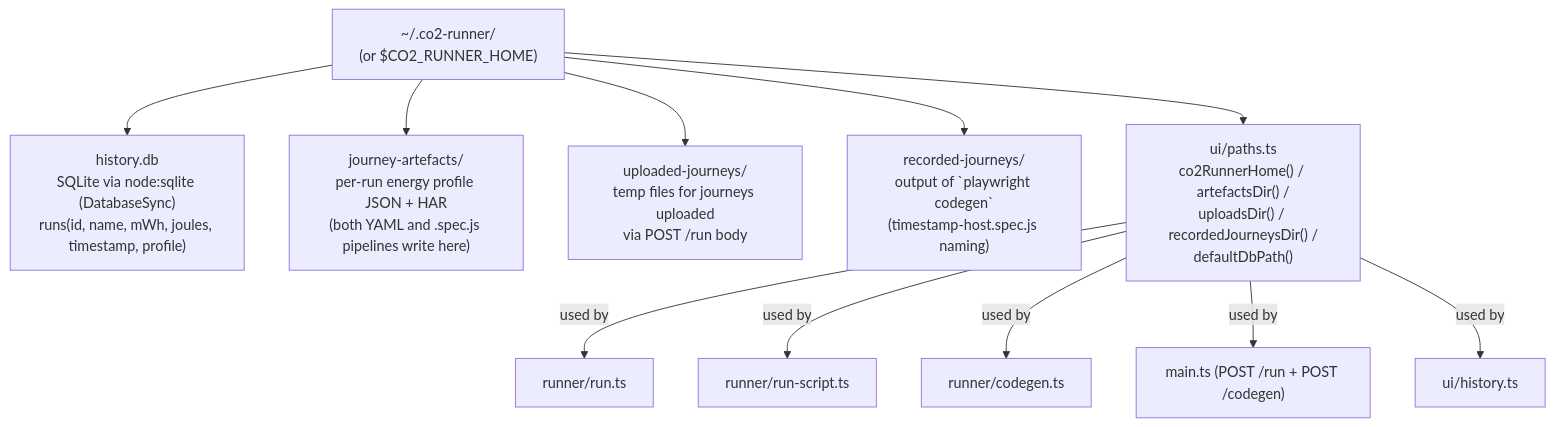
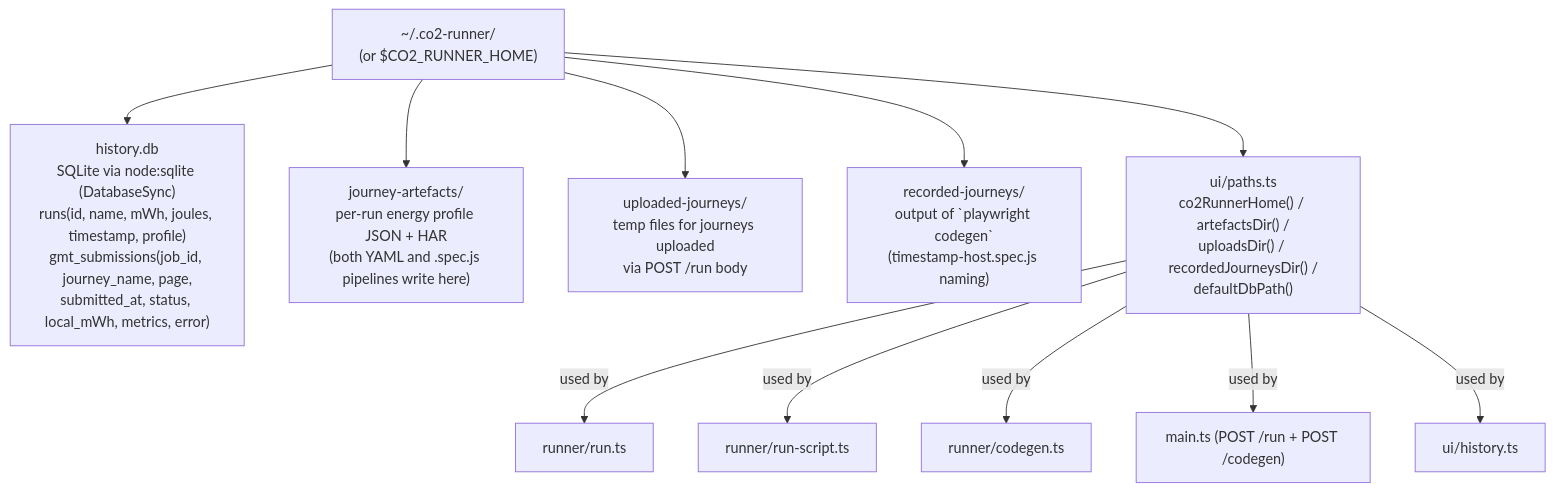
Before and after one commit to mrchrisadams/co2-runner: the eighth of 14 diagrams in docs/architecture.md, drawn with Mermaid. The commit also changed other lines of this file and 2 other files, not shown here.

First line of the commit message:
Add ADR-007 and document GMT cluster submission

````diff
--- a/docs/architecture.md
+++ b/docs/architecture.md
@@ -339,16 +348,16 @@
 ```mermaid
 graph TB
     HOME["~/.co2-runner/<br/>(or $CO2_RUNNER_HOME)"]
 
-    HOME --> DB["history.db<br/>SQLite via node:sqlite (DatabaseSync)<br/>runs(id, name, mWh, joules, timestamp, profile)"]
+    HOME --> DB["history.db<br/>SQLite via node:sqlite (DatabaseSync)<br/>runs(id, name, mWh, joules, timestamp, profile)<br/>gmt_submissions(job_id, journey_name, page,<br/>submitted_at, status, local_mWh, metrics, error)"]
     HOME --> ART["journey-artefacts/<br/>per-run energy profile JSON + HAR<br/>(both YAML and .spec.js pipelines write here)"]
     HOME --> UP["uploaded-journeys/<br/>temp files for journeys uploaded<br/>via POST /run body"]
     HOME --> REC["recorded-journeys/<br/>output of `playwright codegen`<br/>(timestamp-host.spec.js naming)"]
 
     HOME --> PATHS["ui/paths.ts<br/>co2RunnerHome() / artefactsDir() /<br/>uploadsDir() / recordedJourneysDir() /<br/>defaultDbPath()"]
     PATHS -->|used by| RUNNER["runner/run.ts"]
     PATHS -->|used by| RUNSCRIPT["runner/run-script.ts"]
     PATHS -->|used by| CODEGEN["runner/codegen.ts"]
     PATHS -->|used by| MAIN["main.ts (POST /run + POST /codegen)"]
     PATHS -->|used by| HISTORY["ui/history.ts"]
 ```
````
